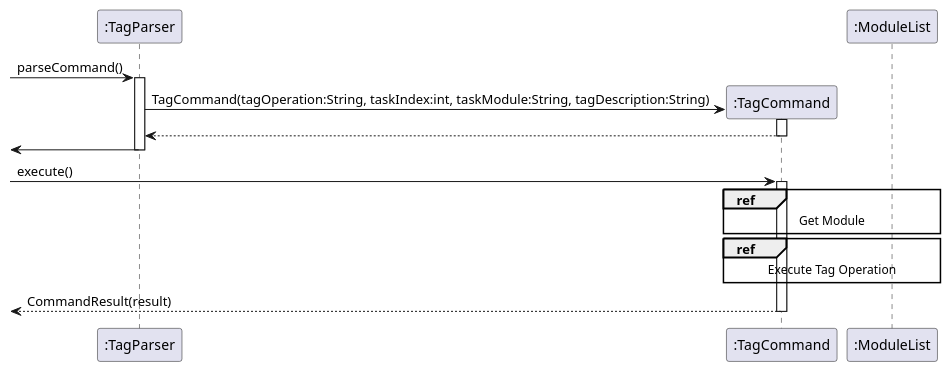
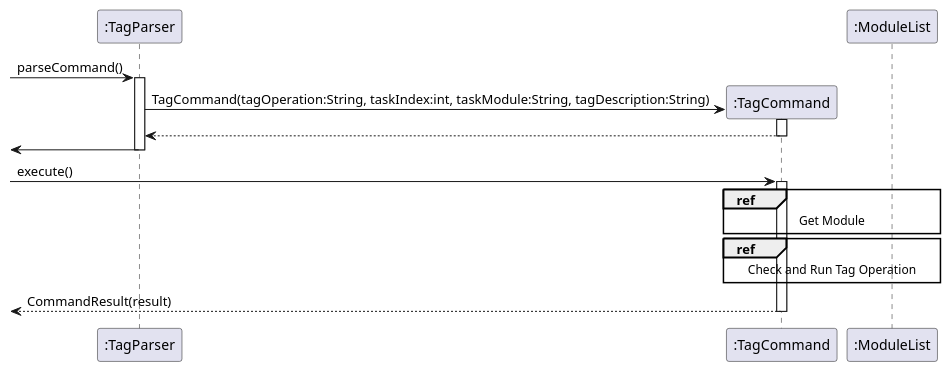
Before and after one commit to nus-cs2113-AY2122S2/tp: the diagram in docs/TagSeqDiagram/Tag.puml, drawn with PlantUML. The commit also changed 3 other files, not shown here.

```diff
--- a/docs/TagSeqDiagram/Tag.puml
+++ b/docs/TagSeqDiagram/Tag.puml
@@ -1,25 +1,25 @@
 @startuml
 'https://plantuml.com/sequence-diagram
 
 skinparam shadowing false
 participant ":TagParser" as TagParser
 participant ":TagCommand" as TagCommand
 participant ":ModuleList" as ModuleList
 
 [->TagParser:parseCommand()
 create TagCommand
 activate TagParser
 TagParser -> TagCommand: TagCommand(tagOperation:String, taskIndex:int, taskModule:String, tagDescription:String)
 activate TagCommand
 return
 [<- TagParser
 deactivate TagParser
 
 [->TagCommand:execute()
 activate TagCommand
 
 ref over TagCommand, ModuleList: Get Module
 
-ref over TagCommand, ModuleList: Execute Tag Operation
+ref over TagCommand, ModuleList: Check and Run Tag Operation
 return CommandResult(result)
 @enduml
```
